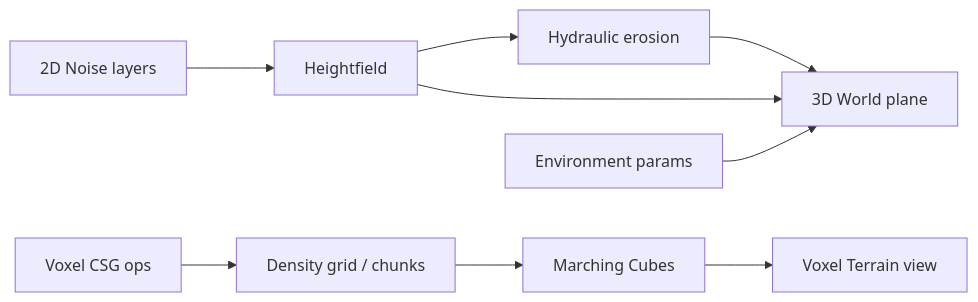
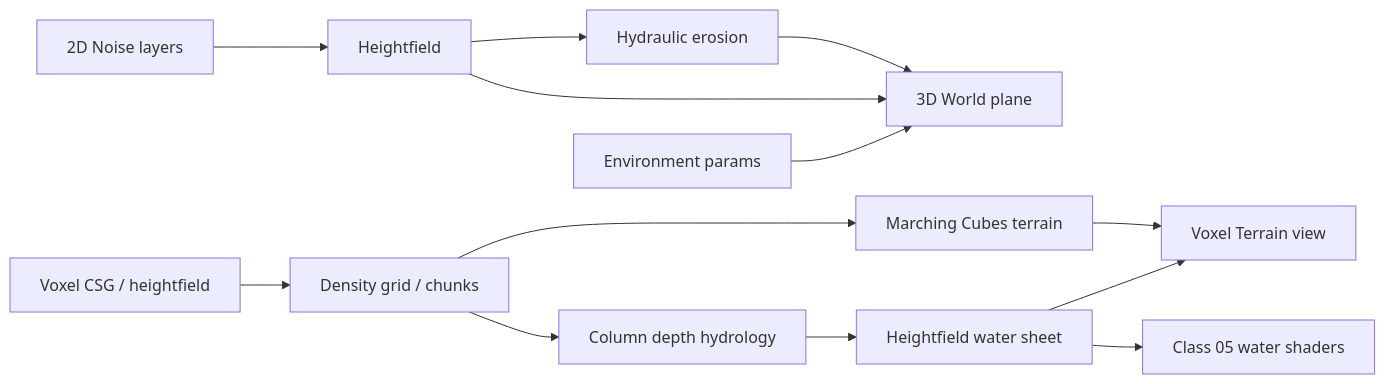
The diagram in Project/README.md (ruizhuoyang/ProceduralWorldBuilding), drawn with Mermaid before and after one commit. The commit also changed other lines of this file and 49 other files, not shown here.

````diff
--- a/Project/README.md
+++ b/Project/README.md
@@ -22,11 +24,15 @@
 ```mermaid
 flowchart LR
   Noise[2D Noise layers] --> Height[Heightfield]
   Height --> Erosion[Hydraulic erosion]
   Erosion --> Three[3D World plane]
   Height --> Three
   Env[Environment params] --> Three
-  Ops[Voxel CSG ops] --> Grid[Density grid / chunks]
-  Grid --> MC[Marching Cubes]
+  Ops[Voxel CSG / heightfield] --> Grid[Density grid / chunks]
+  Grid --> MC[Marching Cubes terrain]
+  Grid --> Hydro[Column depth hydrology]
+  Hydro --> Sheet[Heightfield water sheet]
+  Sheet --> GLSL[Class 05 water shaders]
   MC --> Voxel[Voxel Terrain view]
+  Sheet --> Voxel
 ```
````
